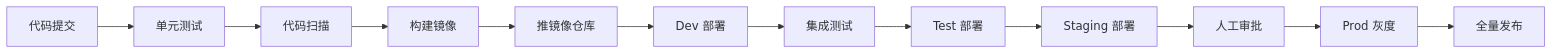
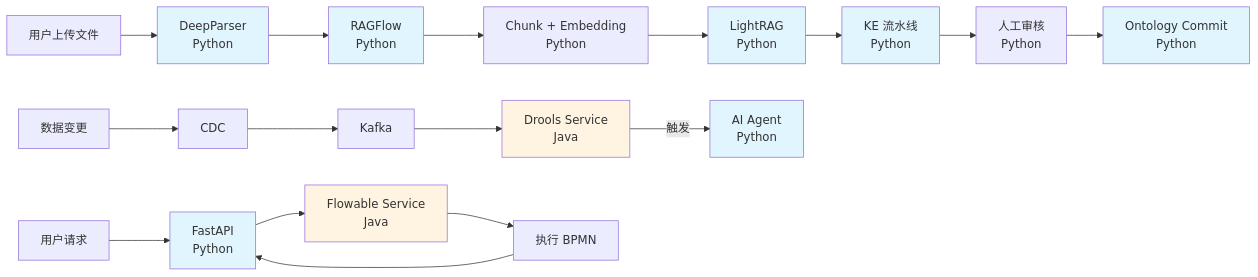
One commit to Bert0000000000/MetaPlatform changed the second of 2 diagrams in docs/superpowers/specs/2026-07-27-mate-platform-technical-architecture.md. Above: the diagram before and after it, drawn with Mermaid. The commit also changed other lines of this file and 2 other files, not shown here.

First line of the commit message:
﻿feat: v3.0 Plan D Polyglot Microservice Architecture as official main

````diff
--- a/docs/superpowers/specs/2026-07-27-mate-platform-technical-architecture.md
+++ b/docs/superpowers/specs/2026-07-27-mate-platform-technical-architecture.md
@@ -906,14 +662,30 @@
 ```mermaid
 flowchart LR
-    A[代码提交] --> B[单元测试]
-    B --> C[代码扫描]
-    C --> D[构建镜像]
-    D --> E[推镜像仓库]
-    E --> F[Dev 部署]
-    F --> G[集成测试]
-    G --> H[Test 部署]
-    H --> I[Staging 部署]
-    I --> J[人工审批]
-    J --> K[Prod 灰度]
-    K --> L[全量发布]
+    A[用户上传文件] --> B[DeepParser<br/>Python]
+    B --> C[RAGFlow<br/>Python]
+    C --> D[Chunk + Embedding<br/>Python]
+    D --> E[LightRAG<br/>Python]
+    E --> F[KE 流水线<br/>Python]
+    F --> G[人工审核<br/>Python]
+    G --> H[Ontology Commit<br/>Python]
+    
+    I[数据变更] --> J[CDC]
+    J --> K[Kafka]
+    K --> L[Drools Service<br/>Java]
+    L -->|触发| M[AI Agent<br/>Python]
+    
+    N[用户请求] --> O[FastAPI<br/>Python]
+    O --> P[Flowable Service<br/>Java]
+    P --> Q[执行 BPMN]
+    Q --> O
+    
+    style B fill:#e1f5ff
+    style C fill:#e1f5ff
+    style E fill:#e1f5ff
+    style F fill:#e1f5ff
+    style H fill:#e1f5ff
+    style M fill:#e1f5ff
+    style O fill:#e1f5ff
+    style L fill:#fff4e1
+    style P fill:#fff4e1
 ```
````
